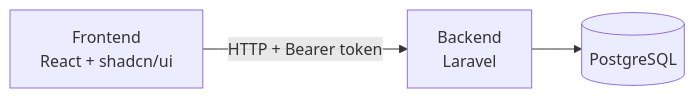
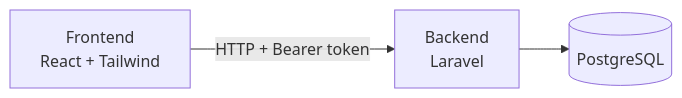
One commit to wadalino/yabe-resources changed the first of 4 diagrams in slides/session-2.md. Above: the diagram before and after it, drawn with Mermaid. The commit also changed 8 other files, not shown here.

````diff
--- a/slides/session-2.md
+++ b/slides/session-2.md
@@ -107,9 +107,9 @@
 ```mermaid +render +width:70%
 flowchart LR
-    F[Frontend<br/>React + shadcn/ui]
+    F[Frontend<br/>React + Tailwind]
     B[Backend<br/>Laravel]
     DB[(PostgreSQL)]
 
     F -->|​HTTP + Bearer token​| B
     B --> DB
 ```
````
